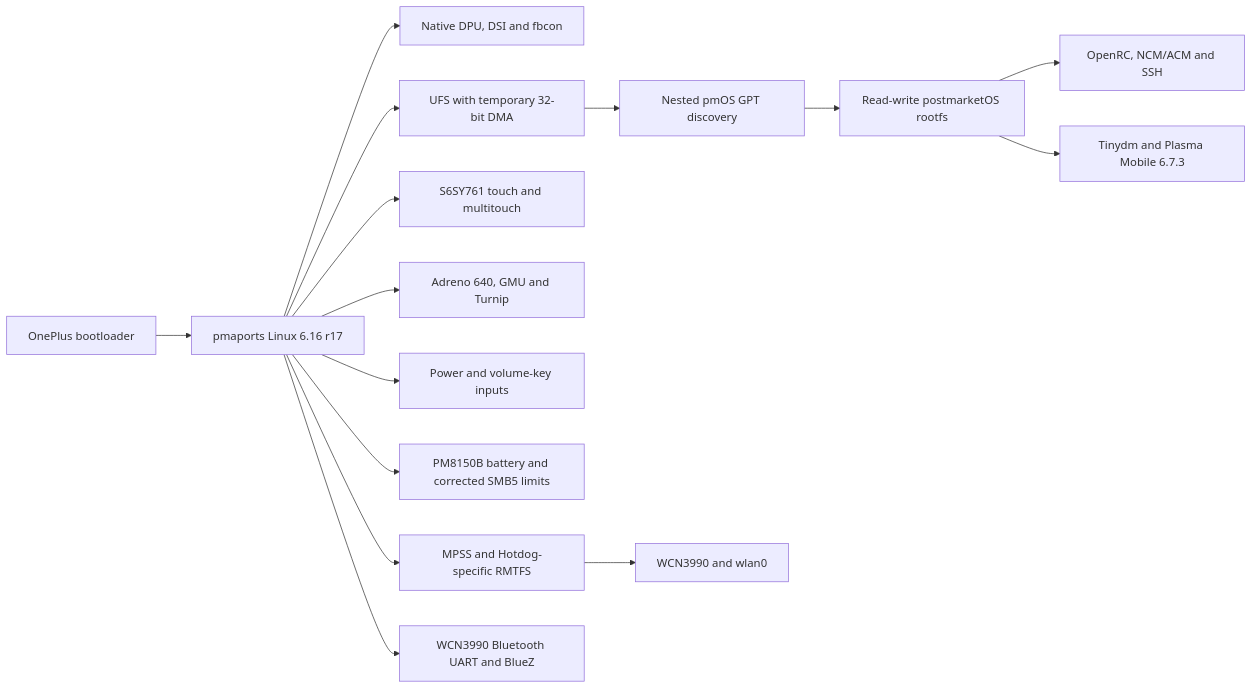
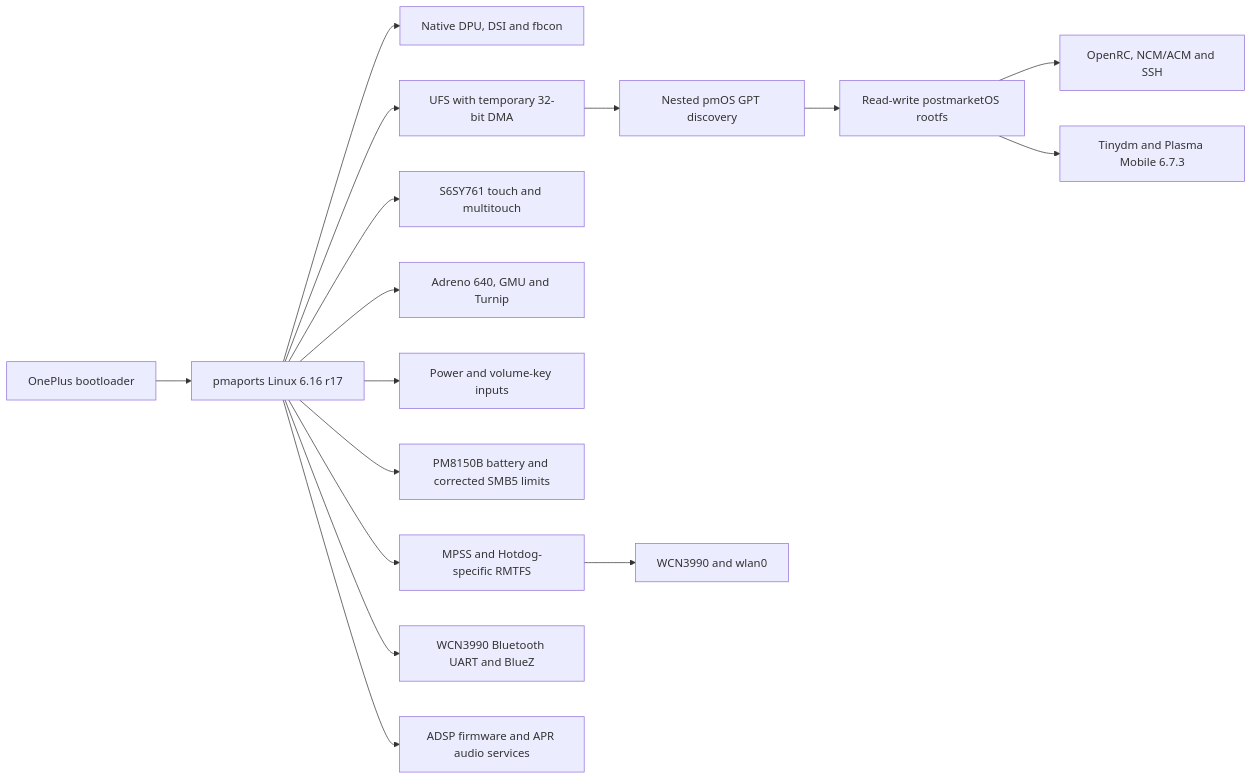
One commit to Sr-0w/hotdog-linux-bringup changed the diagram in README.md. Above: the diagram before and after it, drawn with Mermaid. The commit also changed other lines of this file and 3 other files, not shown here.

````diff
--- a/README.md
+++ b/README.md
@@ -276,17 +277,18 @@
 ```mermaid
 flowchart LR
     A["OnePlus bootloader"] --> B["pmaports Linux 6.16 r17"]
     B --> C["Native DPU, DSI and fbcon"]
     B --> D["UFS with temporary 32-bit DMA"]
     D --> E["Nested pmOS GPT discovery"]
     E --> F["Read-write postmarketOS rootfs"]
     F --> G["OpenRC, NCM/ACM and SSH"]
     F --> L["Tinydm and Plasma Mobile 6.7.3"]
     B --> H["S6SY761 touch and multitouch"]
     B --> I["Adreno 640, GMU and Turnip"]
     B --> J["Power and volume-key inputs"]
     B --> K["PM8150B battery and corrected SMB5 limits"]
     B --> M["MPSS and Hotdog-specific RMTFS"]
     M --> N["WCN3990 and wlan0"]
     B --> O["WCN3990 Bluetooth UART and BlueZ"]
+    B --> P["ADSP firmware and APR audio services"]
 ```
````
